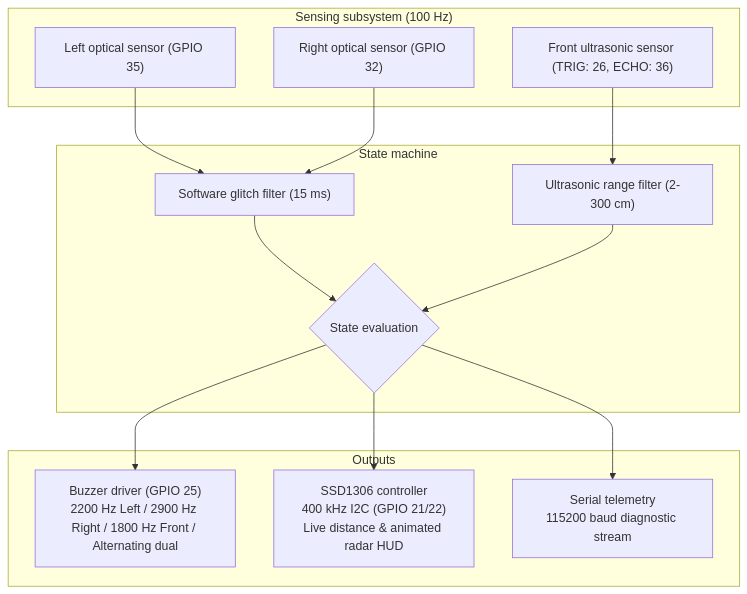
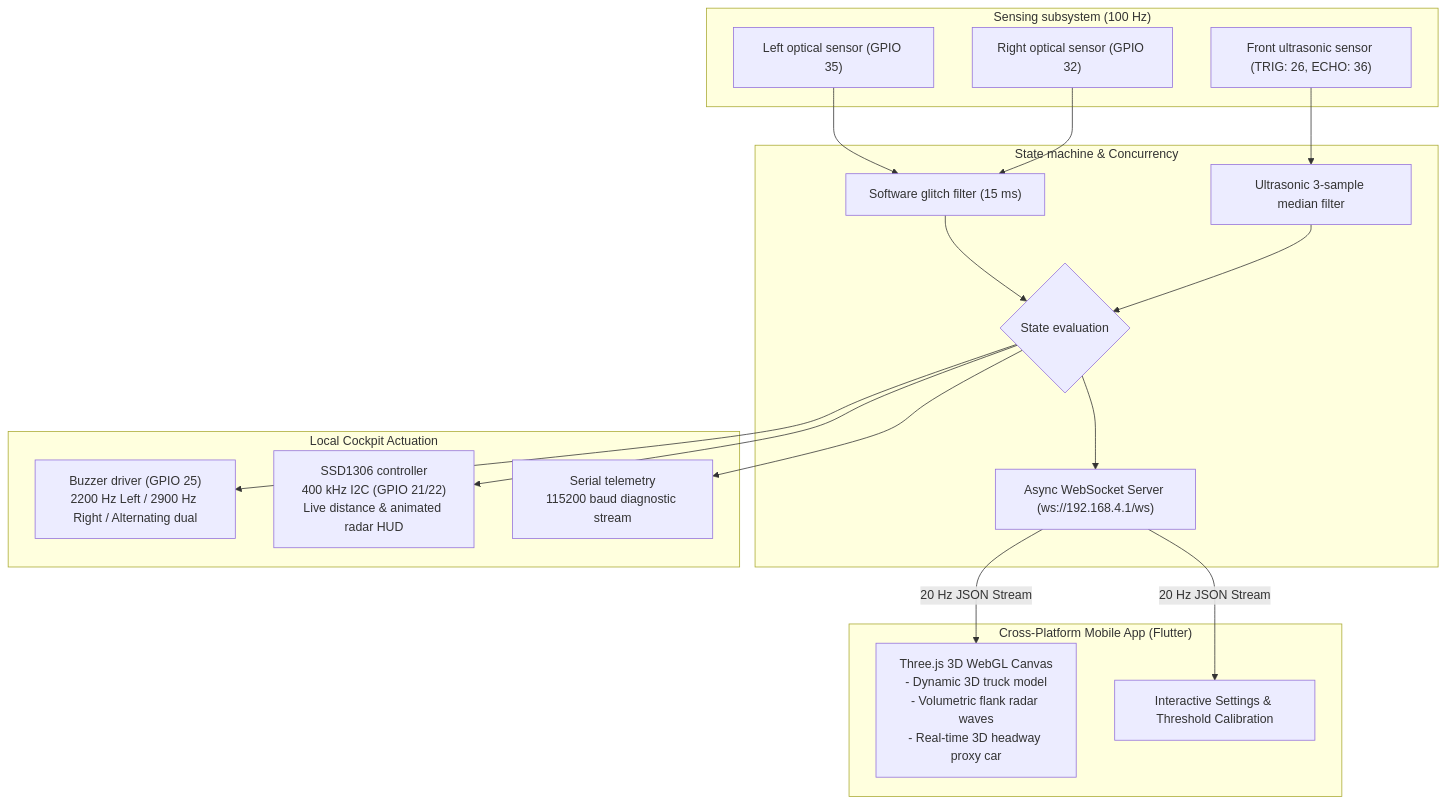
One commit to DevInfinix/BlindSpottr changed the diagram in README.md. Above: the diagram before and after it, drawn with Mermaid. The commit also changed other lines of this file and 14 other files, not shown here.

Commit message:
FEAT: mobile support with Flutter and Tesla-style Three.js 3D WebGL HUD (fixes #14)

````diff
--- a/README.md
+++ b/README.md
@@ -73,30 +74,39 @@
 ```mermaid
 graph TD
     subgraph SENSORS ["Sensing subsystem (100 Hz)"]
         IR_L["Left optical sensor (GPIO 35)"]
         IR_R["Right optical sensor (GPIO 32)"]
         US["Front ultrasonic sensor (TRIG: 26, ECHO: 36)"]
     end
 
-    subgraph ENGINE ["State machine"]
+    subgraph ENGINE ["State machine & Concurrency"]
         DEB["Software glitch filter (15 ms)"]
-        US_FILTER["Ultrasonic range filter (2-300 cm)"]
+        US_FILTER["Ultrasonic 3-sample median filter"]
         FSM{"State evaluation"}
+        WS_SERVER["Async WebSocket Server (ws://192.168.4.1/ws)"]
     end
 
-    subgraph ACTUATION ["Outputs"]
-        BUZZ["Buzzer driver (GPIO 25)\n2200 Hz Left / 2900 Hz Right / 1800 Hz Front / Alternating dual"]
+    subgraph ACTUATION ["Local Cockpit Actuation"]
+        BUZZ["Buzzer driver (GPIO 25)\n2200 Hz Left / 2900 Hz Right / Alternating dual"]
         OLED["SSD1306 controller\n400 kHz I2C (GPIO 21/22)\nLive distance & animated radar HUD"]
         UART["Serial telemetry\n115200 baud diagnostic stream"]
+    end
+
+    subgraph MOBILE ["Cross-Platform Mobile App (Flutter)"]
+        THREEJS["Three.js 3D WebGL Canvas\n- Dynamic 3D truck model\n- Volumetric flank radar waves\n- Real-time 3D headway proxy car"]
+        SETTINGS["Interactive Settings & Threshold Calibration"]
     end
 
     IR_L --> DEB
     IR_R --> DEB
     US --> US_FILTER
     DEB --> FSM
     US_FILTER --> FSM
 
     FSM --> BUZZ
     FSM --> OLED
     FSM --> UART
+    FSM --> WS_SERVER
+    WS_SERVER -->|20 Hz JSON Stream| THREEJS
+    WS_SERVER -->|20 Hz JSON Stream| SETTINGS
 ```
````
